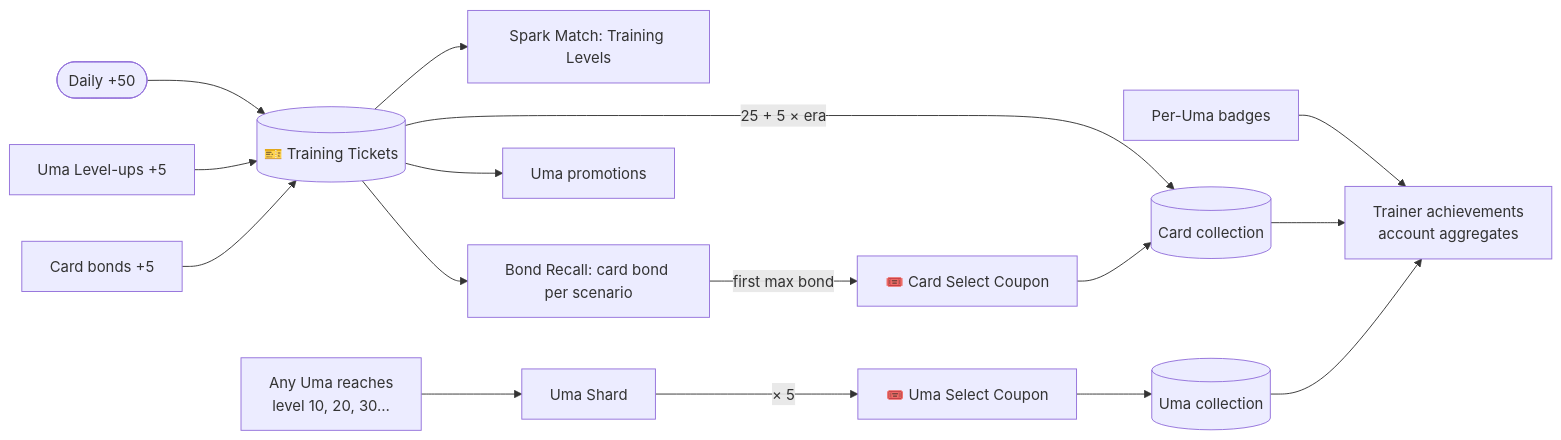
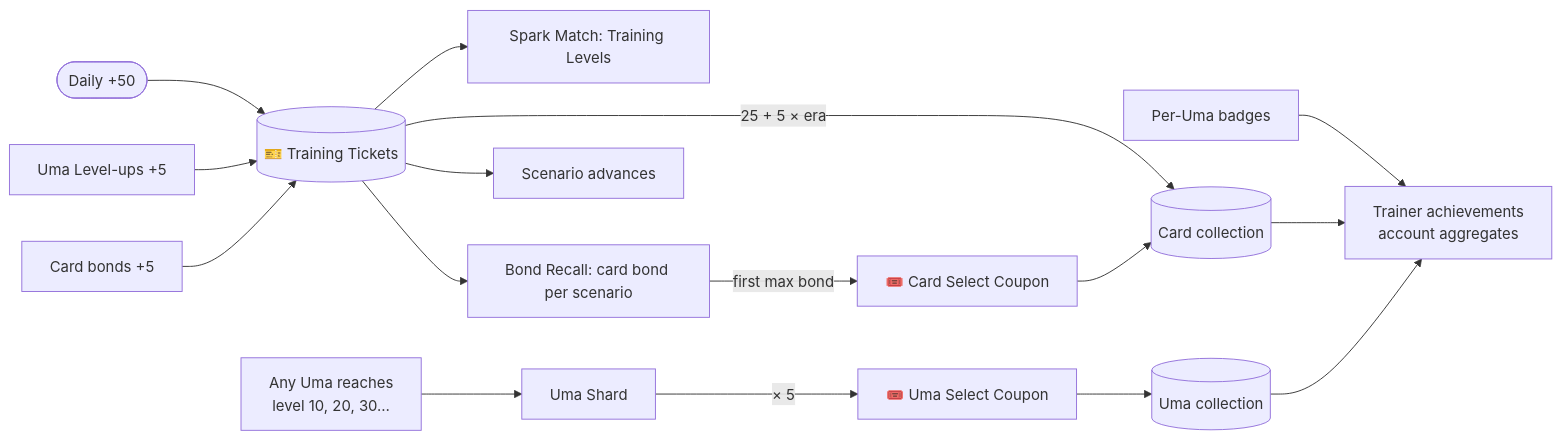
Before and after one commit to luismlorenzana/uma-racer: the second of 2 diagrams in docs/design/00-overview.md, drawn with Mermaid. The commit also changed other lines of this file and 18 other files, not shown here.

````diff
--- a/docs/design/00-overview.md
+++ b/docs/design/00-overview.md
@@ -41,18 +44,18 @@
 ```mermaid
 flowchart LR
     Daily([Daily +50]) --> Tickets[("🎫 Training Tickets")]
     UmaLv["Uma Level-ups +5"] --> Tickets
     CardBond["Card bonds +5"] --> Tickets
     Tickets --> Spark["Spark Match: Training Levels"]
     Tickets --> Bond["Bond Recall: card bond per scenario"]
     Bond -->|"first max bond"| CardCoupon["🎟️ Card Select Coupon"]
     Tickets -->|"25 + 5 × era"| Cards[("Card collection")]
     CardCoupon --> Cards
-    Tickets --> UmaPromo["Uma promotions"]
+    Tickets --> UmaPromo["Scenario advances"]
     Levels["Any Uma reaches<br/>level 10, 20, 30…"] --> Shards["Uma Shard"]
     Shards -->|"× 5"| UmaCoupon["🎟️ Uma Select Coupon"]
     UmaCoupon --> Umas[("Uma collection")]
     Badges["Per-Uma badges"] --> Trainer["Trainer achievements<br/>account aggregates"]
     Cards --> Trainer
     Umas --> Trainer
 ```
````
